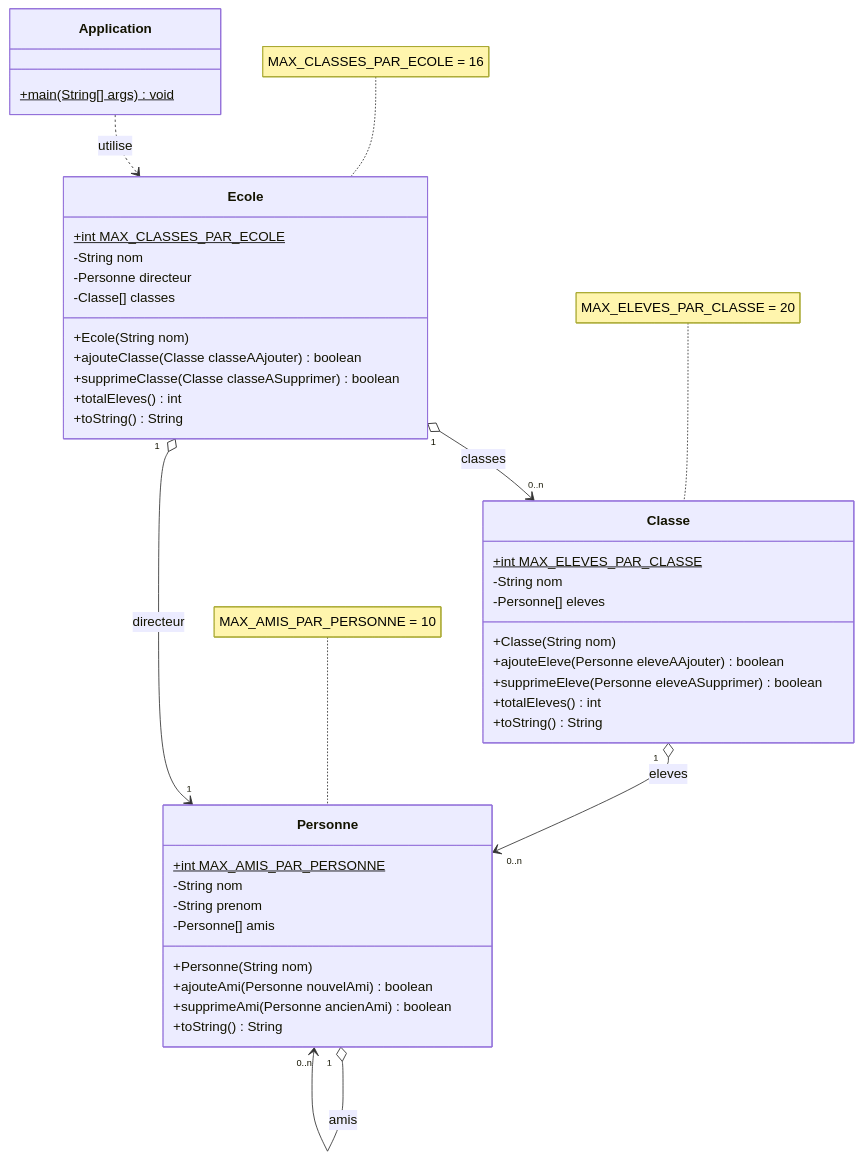
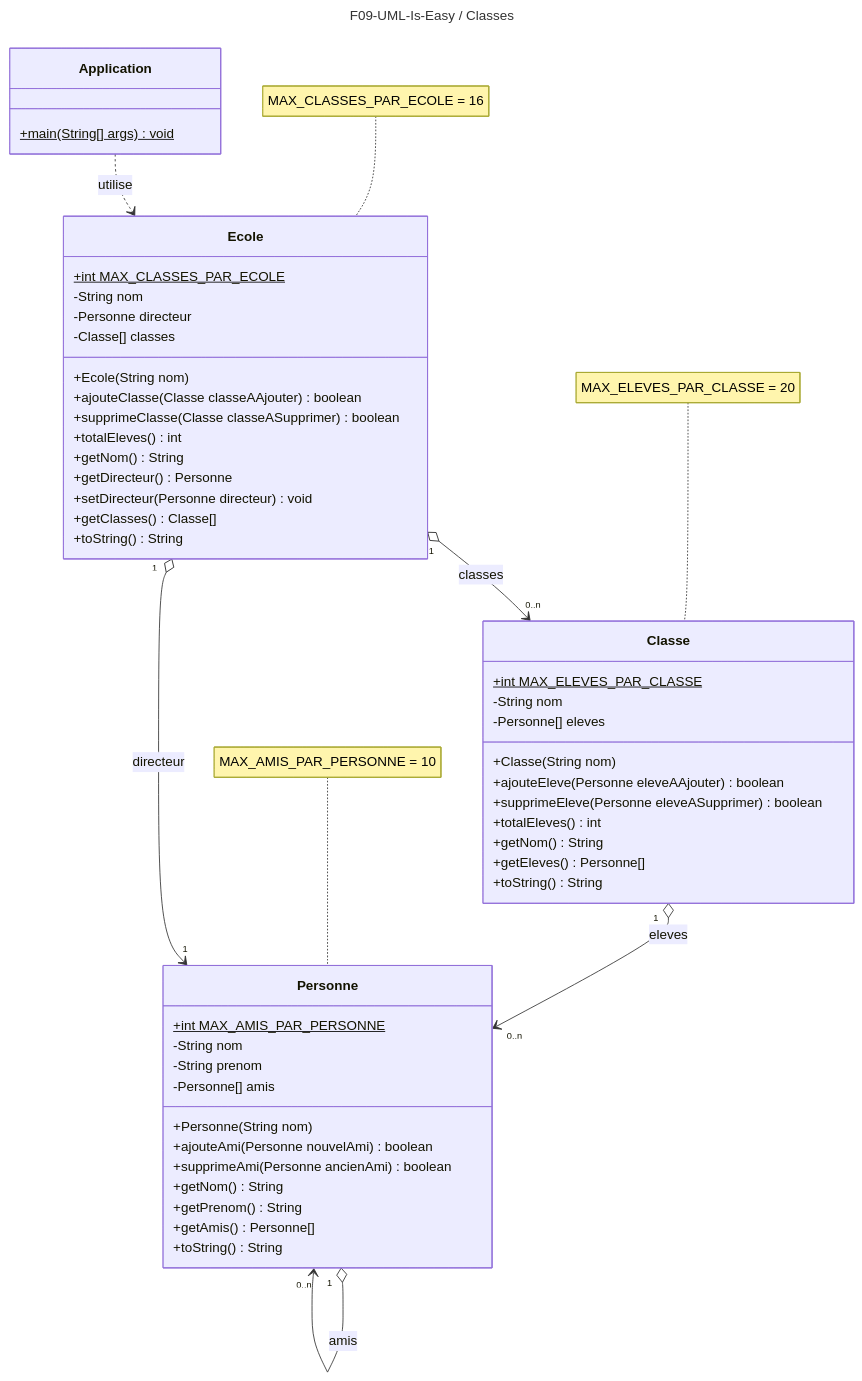
The first of 3 diagrams in README.md (emf-info-d400/D09-UML-Is-Easy), drawn with Mermaid before and after one commit. The commit also changed other lines of this file, not shown here.

Commit message:
Correction UML

````diff
--- a/README.md
+++ b/README.md
@@ -16,47 +16,57 @@
 ```mermaid
+---
+title: F09-UML-Is-Easy / Classes
+---
 classDiagram
 class Application {
     +main(String[] args)$ void
 }
 class Ecole {
    +int MAX_CLASSES_PAR_ECOLE$
    -String nom
    -Personne directeur
    -Classe[] classes
    +Ecole(String nom)    
    +ajouteClasse(Classe classeAAjouter) boolean
    +supprimeClasse(Classe classeASupprimer) boolean
    +totalEleves() int
+   +getNom() String
+   +getDirecteur() Personne
+   +setDirecteur(Personne directeur) void
+   +getClasses() Classe[]
    +toString() String
 }
-
 class Classe {
    +int MAX_ELEVES_PAR_CLASSE$
    -String nom
    -Personne[] eleves
    +Classe(String nom)
    +ajouteEleve(Personne eleveAAjouter) boolean
    +supprimeEleve(Personne eleveASupprimer) boolean
    +totalEleves() int
+   +getNom() String
+   +getEleves() Personne[]
    +toString() String
 }
-
 class Personne {
    +int MAX_AMIS_PAR_PERSONNE$
    -String nom
    -String prenom
    -Personne[] amis
    +Personne(String nom)
    +ajouteAmi(Personne nouvelAmi) boolean
    +supprimeAmi(Personne ancienAmi) boolean
+   +getNom() String
+   +getPrenom() String
+   +getAmis() Personne[]
    +toString() String
 }
 note for Personne "MAX_AMIS_PAR_PERSONNE = 10"
 note for Classe "MAX_ELEVES_PAR_CLASSE = 20"
 note for Ecole "MAX_CLASSES_PAR_ECOLE = 16"
 Ecole "1" o--> "0..n" Classe : classes
 Ecole "1" o--> "1" Personne : directeur
 Classe "1" o--> "0..n" Personne : eleves
 Personne "1" o--> "0..n" Personne : amis
 Application ..> Ecole : utilise
 ```
````
